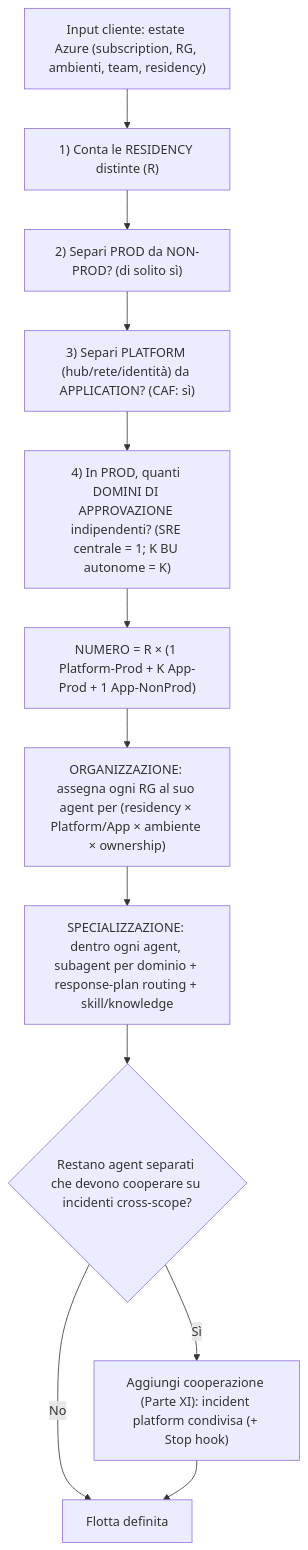
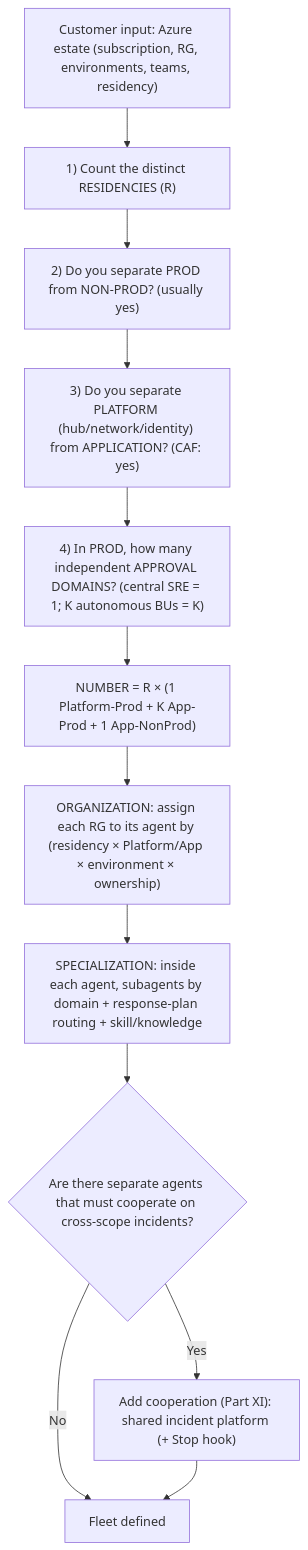
The tenth of 11 diagrams in Coach/Solutions/docs/azure-sre-agent/architectural-guide-lines/azure-sre-agent-fleet-architecture-guidelines.md (microsoft/frontier-sre-agent-rvas), drawn with Mermaid before and after one commit. The commit also changed other lines of this file and 2 other files, not shown here.

````diff
--- a/Coach/Solutions/docs/azure-sre-agent/architectural-guide-lines/azure-sre-agent-fleet-architecture-guidelines.md
+++ b/Coach/Solutions/docs/azure-sre-agent/architectural-guide-lines/azure-sre-agent-fleet-architecture-guidelines.md
@@ -996,14 +996,14 @@
 ```mermaid
 flowchart TD
-  START["Input cliente: estate Azure (subscription, RG, ambienti, team, residency)"] --> S1["1) Conta le RESIDENCY distinte (R)"]
-  S1 --> S2["2) Separi PROD da NON-PROD? (di solito sì)"]
-  S2 --> S3["3) Separi PLATFORM (hub/rete/identità) da APPLICATION? (CAF: sì)"]
-  S3 --> S4["4) In PROD, quanti DOMINI DI APPROVAZIONE indipendenti? (SRE centrale = 1; K BU autonome = K)"]
-  S4 --> CALC["NUMERO = R × (1 Platform-Prod + K App-Prod + 1 App-NonProd)"]
-  CALC --> ORG["ORGANIZZAZIONE: assegna ogni RG al suo agent per (residency × Platform/App × ambiente × ownership)"]
-  ORG --> SPEC["SPECIALIZZAZIONE: dentro ogni agent, subagent per dominio + response-plan routing + skill/knowledge"]
-  SPEC --> COOP{"Restano agent separati che devono cooperare su incidenti cross-scope?"}
-  COOP -->|No| DONE["Flotta definita"]
-  COOP -->|Sì| COOPP["Aggiungi cooperazione (Parte XI): incident platform condivisa (+ Stop hook)"]
+  START["Customer input: Azure estate (subscription, RG, environments, teams, residency)"] --> S1["1) Count the distinct RESIDENCIES (R)"]
+  S1 --> S2["2) Do you separate PROD from NON-PROD? (usually yes)"]
+  S2 --> S3["3) Do you separate PLATFORM (hub/network/identity) from APPLICATION? (CAF: yes)"]
+  S3 --> S4["4) In PROD, how many independent APPROVAL DOMAINS? (central SRE = 1; K autonomous BUs = K)"]
+  S4 --> CALC["NUMBER = R × (1 Platform-Prod + K App-Prod + 1 App-NonProd)"]
+  CALC --> ORG["ORGANIZATION: assign each RG to its agent by (residency × Platform/App × environment × ownership)"]
+  ORG --> SPEC["SPECIALIZATION: inside each agent, subagents by domain + response-plan routing + skill/knowledge"]
+  SPEC --> COOP{"Are there separate agents that must cooperate on cross-scope incidents?"}
+  COOP -->|No| DONE["Fleet defined"]
+  COOP -->|Yes| COOPP["Add cooperation (Part XI): shared incident platform (+ Stop hook)"]
   COOPP --> DONE
 ```
````
